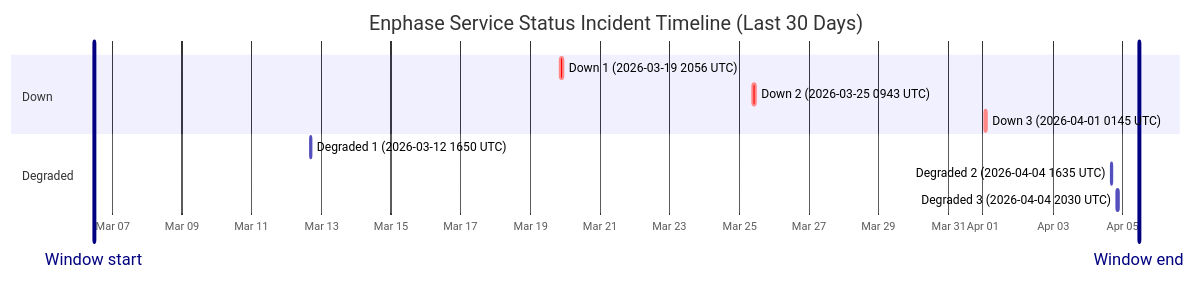
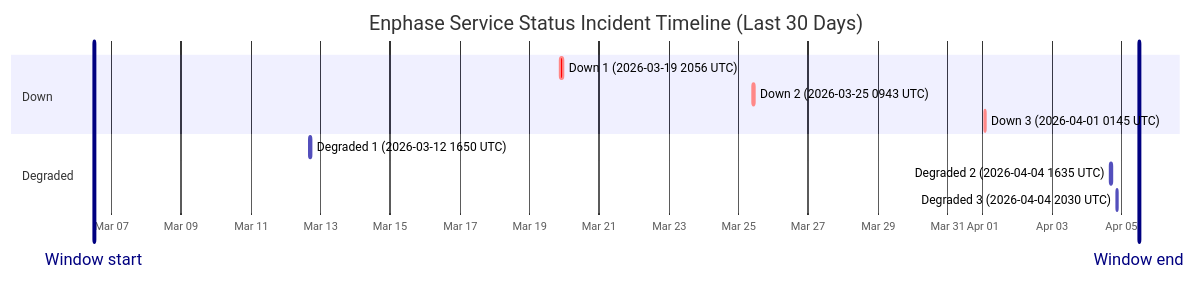
One commit to barneyonline/ha-enphase-ev-charger changed the diagram in wiki/Service-Status-History.md. Above: the diagram before and after it, drawn with Mermaid. The commit also changed other lines of this file and 3 other files, not shown here.

````diff
--- a/wiki/Service-Status-History.md
+++ b/wiki/Service-Status-History.md
@@ -14,16 +14,16 @@
 ```mermaid
 gantt
     title Enphase Service Status Incident Timeline (Last 30 Days)
     dateFormat  YYYY-MM-DDTHH:mm:ss
     axisFormat  %b %d
-    Window start :vert, window-start, 2026-03-06T11:29:10, 0ms
-    Window end :vert, window-end, 2026-04-05T11:29:10, 0ms
+    Window start :vert, window-start, 2026-03-06T11:55:25, 0ms
+    Window end :vert, window-end, 2026-04-05T11:55:25, 0ms
     section Down
     Down 1 (2026-03-19 2056 UTC) :crit, down-1, 2026-03-19T20:56:20, 145m
     Down 2 (2026-03-25 0943 UTC) :crit, down-2, 2026-03-25T09:43:28, 111m
     Down 3 (2026-04-01 0145 UTC) :crit, down-3, 2026-04-01T01:45:09, 60m
     section Degraded
     Degraded 1 (2026-03-12 1650 UTC) :active, degraded-1, 2026-03-12T16:50:43, 60m
     Degraded 2 (2026-04-04 1635 UTC) :active, degraded-2, 2026-04-04T16:35:17, 60m
     Degraded 3 (2026-04-04 2030 UTC) :active, degraded-3, 2026-04-04T20:30:40, 60m
 ```
````
